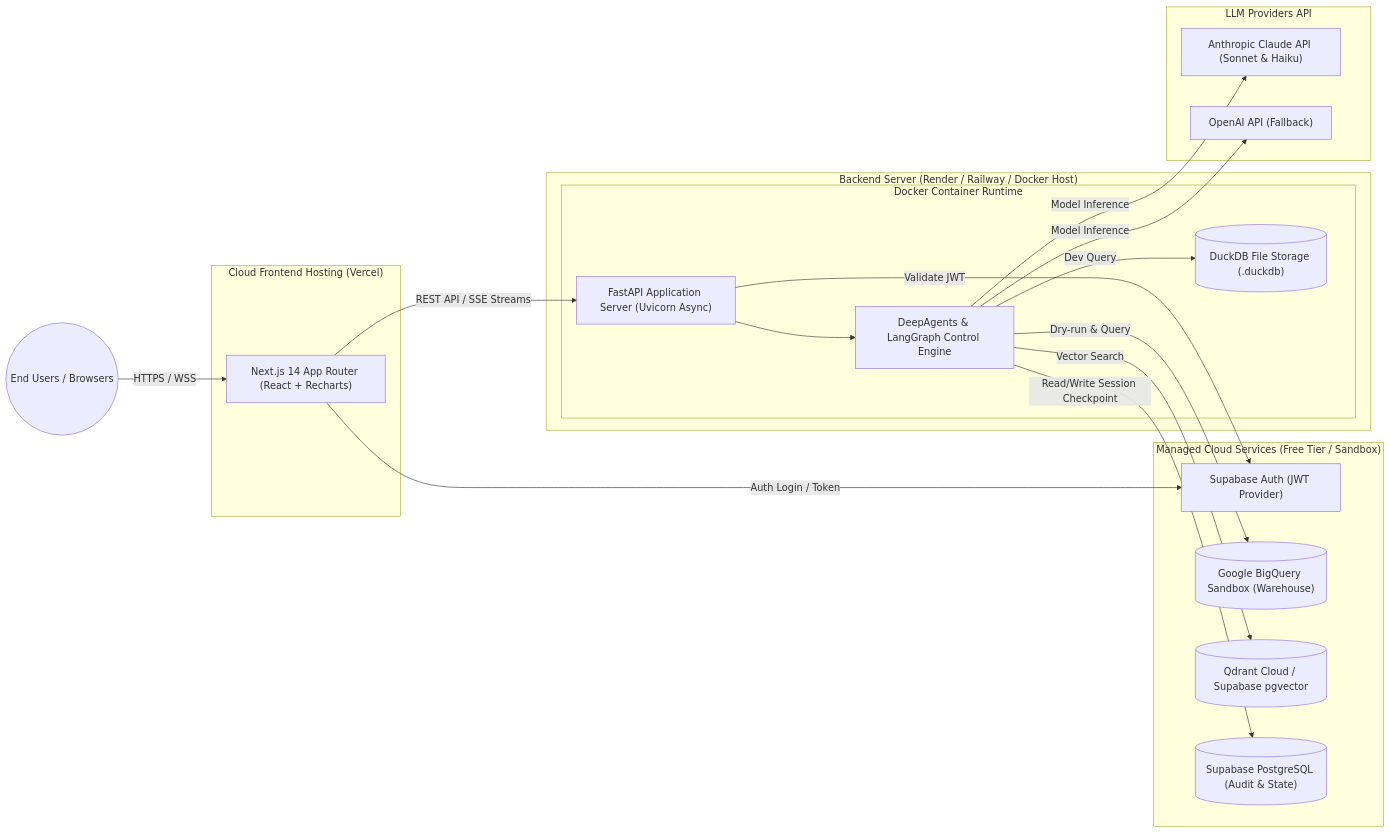
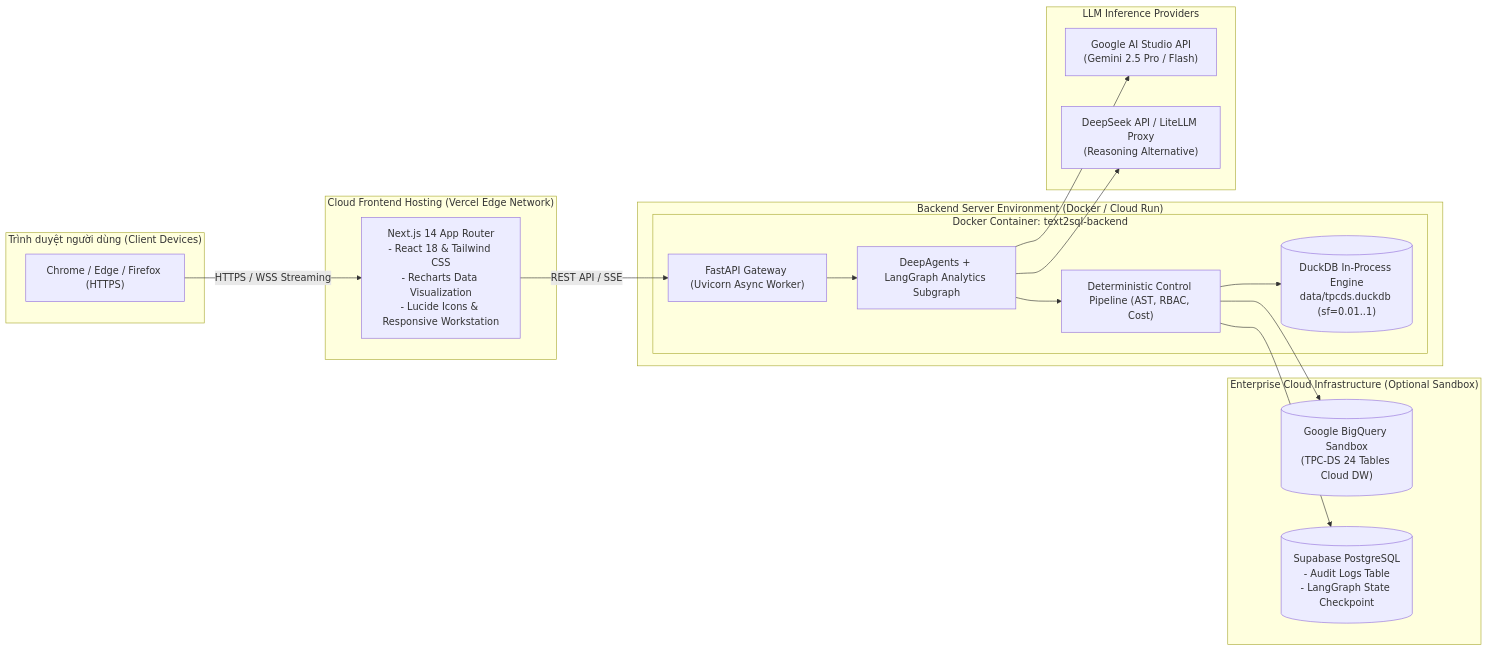
Before and after one commit to Bonkaaa/Text2SQL-AI-Agent: the third of 3 diagrams in docs/ARCHITECTURE.md, drawn with Mermaid. The commit also changed other lines of this file and 10 other files, not shown here.

Commit message:
docs: update architecture v4, prd, migration plan, and thesis chapter 1

````diff
--- a/docs/ARCHITECTURE.md
+++ b/docs/ARCHITECTURE.md
@@ -159,38 +215,39 @@
 ```mermaid
 graph LR
-    subgraph CloudVercel ["Cloud Frontend Hosting (Vercel)"]
-        NextApp["Next.js 14 App Router (React + Recharts)"]
+    subgraph ClientBrowsers ["Trình duyệt người dùng (Client Devices)"]
+        Browser["Chrome / Edge / Firefox (HTTPS)"]
     end
 
-    subgraph CloudServer ["Backend Server (Render / Railway / Docker Host)"]
-        subgraph DockerCompose ["Docker Container Runtime"]
-            FastAPIServer["FastAPI Application Server (Uvicorn Async)"]
-            LangGraphEngine["DeepAgents & LangGraph Control Engine"]
-            LocalDuckDB[("DuckDB File Storage (.duckdb)")]
+    subgraph VercelEdge ["Cloud Frontend Hosting (Vercel Edge Network)"]
+        NextApp["Next.js 14 App Router<br/>- React 18 & Tailwind CSS<br/>- Recharts Data Visualization<br/>- Lucide Icons & Responsive Workstation"]
+    end
+
+    subgraph BackendHost ["Backend Server Environment (Docker / Cloud Run)"]
+        subgraph AppContainer ["Docker Container: text2sql-backend"]
+            FastAPIServer["FastAPI Gateway (Uvicorn Async Worker)"]
+            AgentEngine["DeepAgents + LangGraph Analytics Subgraph"]
+            ControlPipeline["Deterministic Control Pipeline (AST, RBAC, Cost)"]
+            DuckDBLocal[("DuckDB In-Process Engine<br/>data/tpcds.duckdb (sf=0.01..1)")]
         end
     end
 
-    subgraph ManagedDataLayer ["Managed Cloud Services (Free Tier / Sandbox)"]
-        SupabaseAuth["Supabase Auth (JWT Provider)"]
-        CloudBigQuery[("Google BigQuery Sandbox (Warehouse)")]
-        VectorService[("Qdrant Cloud / Supabase pgvector")]
-        PostgresAudit[("Supabase PostgreSQL (Audit & State)")]
+    subgraph CloudServices ["Enterprise Cloud Infrastructure (Optional Sandbox)"]
+        BigQuerySandbox[("Google BigQuery Sandbox<br/>(TPC-DS 24 Tables Cloud DW)")]
+        SupabasePostgres[("Supabase PostgreSQL<br/>- Audit Logs Table<br/>- LangGraph State Checkpoint")]
     end
 
-    subgraph LLMCloudProviders ["LLM Providers API"]
-        AnthropicAPI["Anthropic Claude API (Sonnet & Haiku)"]
-        OpenAIAPI["OpenAI API (Fallback)"]
+    subgraph LLMGateways ["LLM Inference Providers"]
+        GeminiAPI["Google AI Studio API<br/>(Gemini 2.5 Pro / Flash)"]
+        DeepSeekAPI["DeepSeek API / LiteLLM Proxy<br/>(Reasoning Alternative)"]
     end
 
-    InternetUsers((End Users / Browsers)) -->|HTTPS / WSS| NextApp
-    NextApp -->|REST API / SSE Streams| FastAPIServer
-    NextApp -->|Auth Login / Token| SupabaseAuth
-    FastAPIServer -->|Validate JWT| SupabaseAuth
-    FastAPIServer --> LangGraphEngine
-    LangGraphEngine -->|Read/Write Session Checkpoint| PostgresAudit
-    LangGraphEngine -->|Vector Search| VectorService
-    LangGraphEngine -->|Dry-run & Query| CloudBigQuery
-    LangGraphEngine -->|Dev Query| LocalDuckDB
-    LangGraphEngine -->|Model Inference| AnthropicAPI
-    LangGraphEngine -->|Model Inference| OpenAIAPI
+    Browser -->|HTTPS / WSS Streaming| NextApp
+    NextApp -->|REST API / SSE| FastAPIServer
+    FastAPIServer --> AgentEngine
+    AgentEngine --> ControlPipeline
+    ControlPipeline --> DuckDBLocal
+    ControlPipeline --> BigQuerySandbox
+    ControlPipeline --> SupabasePostgres
+    AgentEngine --> GeminiAPI
+    AgentEngine --> DeepSeekAPI
 ```
````
